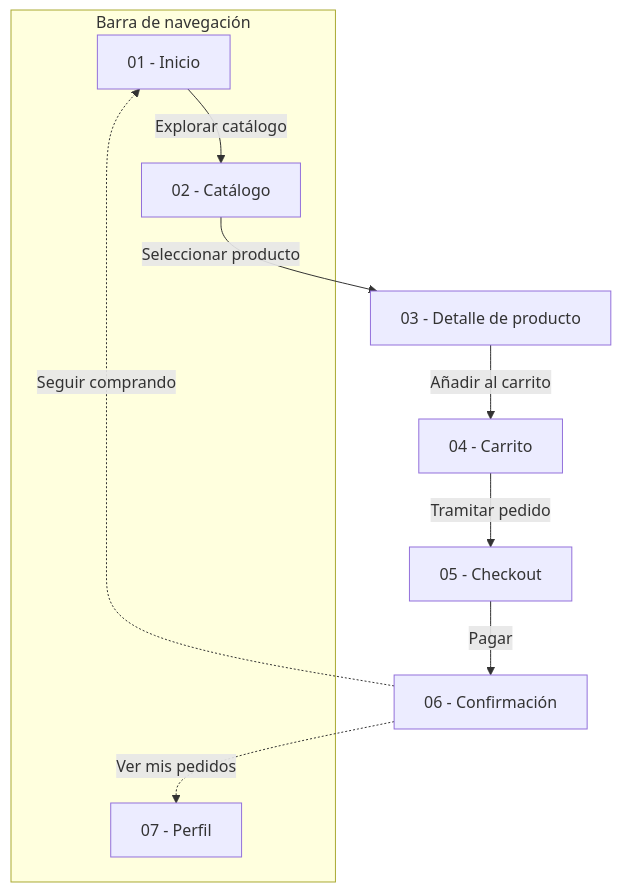
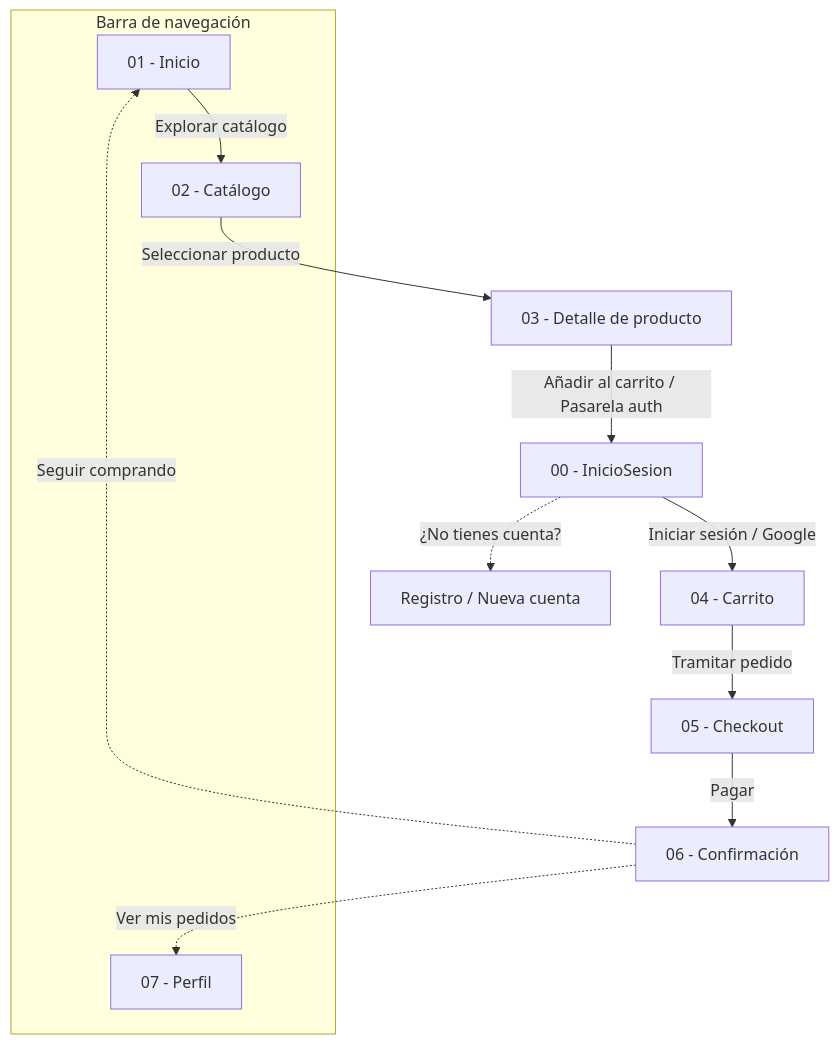
One commit to daa0010/diu-t1-ropainfantil changed the diagram in DOCUMENTACION.md. Above: the diagram before and after it, drawn with Mermaid. The commit also changed other lines of this file and 1 other file, not shown here.

Commit message:
docs: actualización inicio de sesión

````diff
--- a/DOCUMENTACION.md
+++ b/DOCUMENTACION.md
@@ -65,20 +65,25 @@
 ```mermaid
 flowchart TD
     %% Destinos principales de la barra de navegación
     subgraph Nav[Barra de navegación]
         Inicio[01 - Inicio]
         Catalogo[02 - Catálogo]
         Perfil[07 - Perfil]
     end
 
-    %% Flujo principal de compra
+    %% Flujo principal de compra con pasarela de autenticación
     Inicio -->|Explorar catálogo| Catalogo
     Catalogo -->|Seleccionar producto| Detalle[03 - Detalle de producto]
-    Detalle -->|Añadir al carrito| Carrito[04 - Carrito]
+    
+    %% Pasarela de acceso entre Detalle y Carrito
+    Detalle -->|Añadir al carrito / Pasarela auth| InicioSesion[00 - InicioSesion]
+    InicioSesion -->|Iniciar sesión / Google| Carrito[04 - Carrito]
+    InicioSesion -.->|¿No tienes cuenta?| Registro[Registro / Nueva cuenta]
+    
     Carrito -->|Tramitar pedido| Checkout[05 - Checkout]
     Checkout -->|Pagar| Confirmacion[06 - Confirmación]
 
     %% Acciones tras la compra
     Confirmacion -.->|Seguir comprando| Inicio
     Confirmacion -.->|Ver mis pedidos| Perfil
 ```
````
